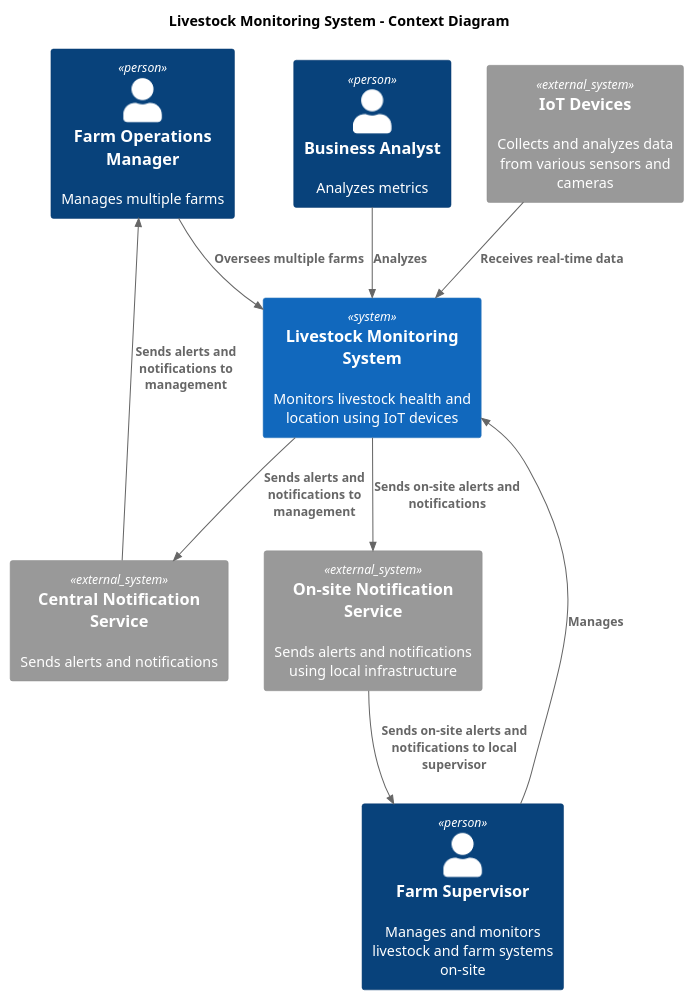
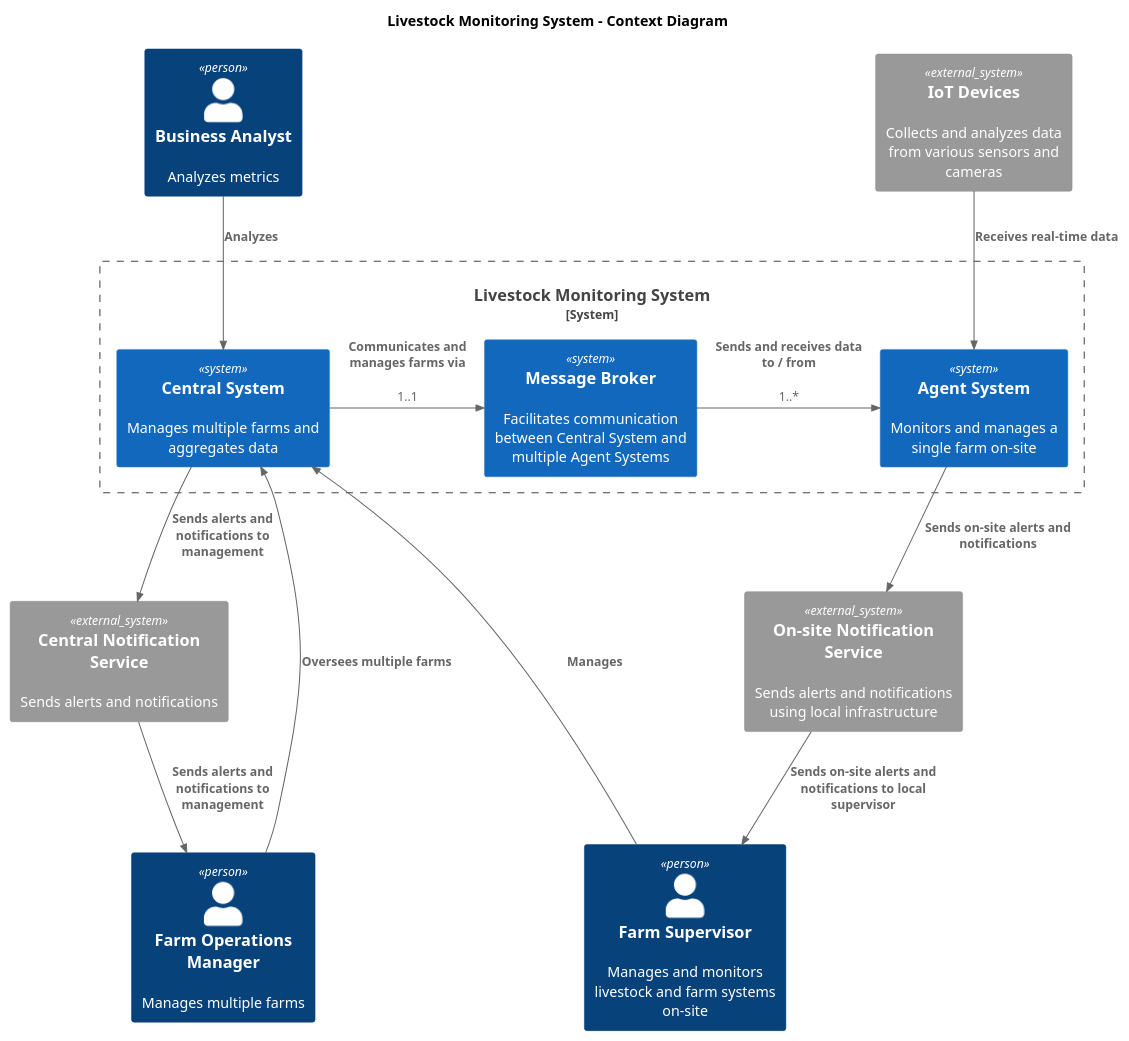
One commit to WowSoLaggy/MSA-AgroTech changed the diagram in Task1/context.puml. Above: the diagram before and after it, drawn with PlantUML. The commit also changed 4 other files, not shown here.

```diff
--- a/Task1/context.puml
+++ b/Task1/context.puml
@@ -1,34 +1,43 @@
 @startuml context.puml
 title Livestock Monitoring System - Context Diagram
 
 top to bottom direction
 
 !includeurl https://raw.githubusercontent.com/RicardoNiepel/C4-PlantUML/master/C4_Component.puml
 
 
 ' Actors
 
 Person(farm_manager, "Farm Operations Manager", "Manages multiple farms")
 Person(farm_supervisor, "Farm Supervisor", "Manages and monitors livestock and farm systems on-site")
 Person(ba, "Business Analyst", "Analyzes metrics")
 
-' Systems
+' Ext systems
 
-System(lms, "Livestock Monitoring System", "Monitors livestock health and location using IoT devices")
 System_Ext(notifications_local_ext, "On-site Notification Service", "Sends alerts and notifications using local infrastructure")
 System_Ext(notifications_central_ext, "Central Notification Service", "Sends alerts and notifications")
 System_Ext(iot_ext, "IoT Devices", "Collects and analyzes data from various sensors and cameras")
 
-Rel(lms, notifications_local_ext, "Sends on-site alerts and notifications")
-Rel(notifications_local_ext, farm_supervisor, "Sends on-site alerts and notifications to local supervisor")
-Rel(farm_supervisor, lms, "Manages")
+' Systems
 
-Rel(farm_manager, lms, "Oversees multiple farms")
-Rel(ba, lms, "Analyzes")
-Rel(lms, notifications_central_ext, "Sends alerts and notifications to management")
-Rel(notifications_central_ext, farm_manager, "Sends alerts and notifications to management")
+System_Boundary(lms_boundary, "Livestock Monitoring System") {
+  System(lms, "Central System", "Manages multiple farms and aggregates data")
+  System(broker, "Message Broker", "Facilitates communication between Central System and multiple Agent Systems")
+  System(agent, "Agent System", "Monitors and manages a single farm on-site")
 
-Rel(iot_ext, lms, "Receives real-time data")
+  Rel_Neighbor(lms, broker, "Communicates and manages farms via", "", "1..1")
+  Rel_Neighbor(broker, agent, "Sends and receives data to / from", "", "1..*")
+
+  Rel(farm_manager, lms, "Oversees multiple farms")
+  Rel(farm_supervisor, lms, "Manages")
+  Rel(ba, lms, "Analyzes")
+  Rel(lms, notifications_central_ext, "Sends alerts and notifications to management")
+  Rel(notifications_local_ext, farm_supervisor, "Sends on-site alerts and notifications to local supervisor")
+  Rel(notifications_central_ext, farm_manager, "Sends alerts and notifications to management")
+
+  Rel(iot_ext, agent, "Receives real-time data")
+  Rel(agent, notifications_local_ext, "Sends on-site alerts and notifications")
+}
 
 
 @enduml
```
